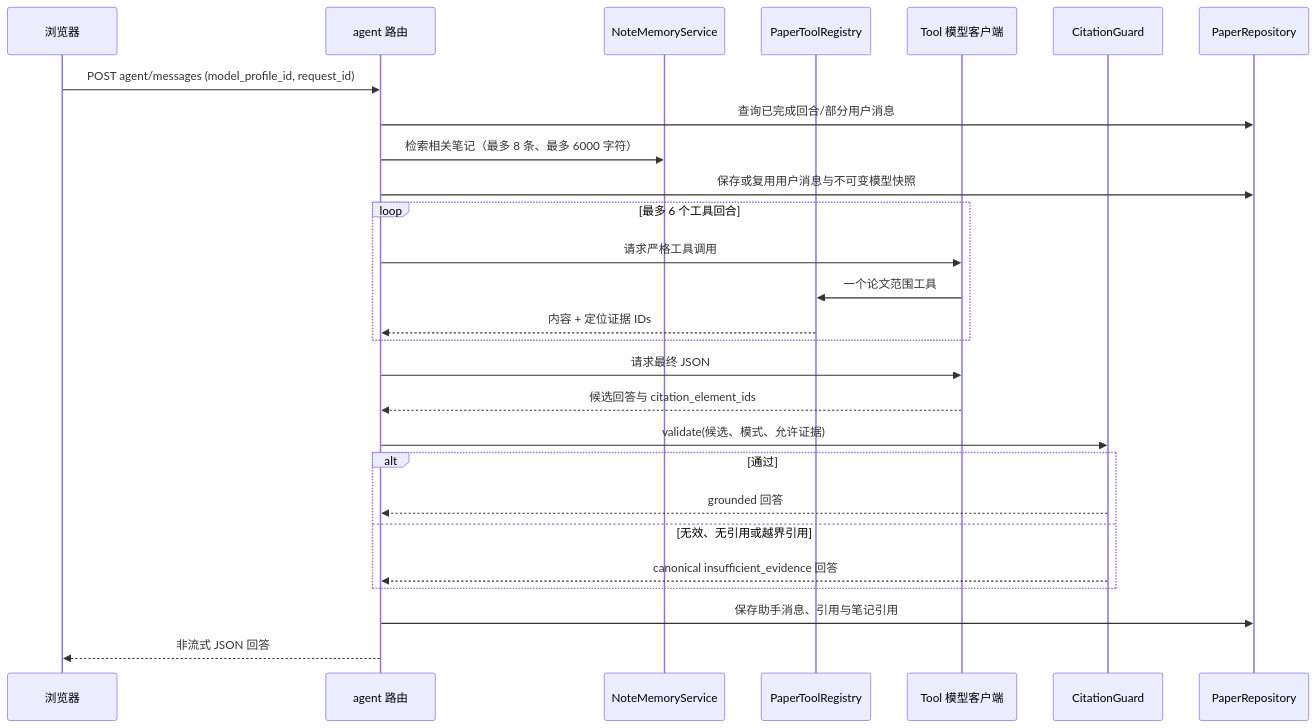
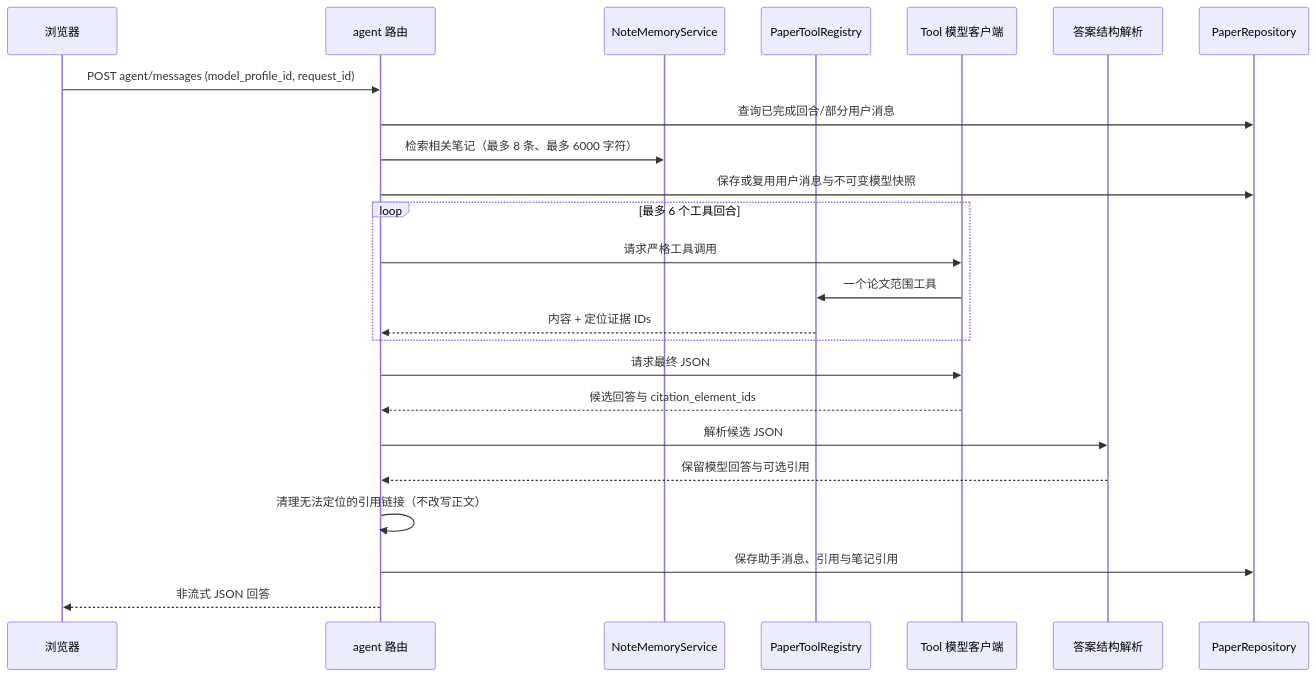
The fourth of 5 diagrams in docs/architecture.md (vibetony319/paper-agent), drawn with Mermaid before and after one commit. The commit also changed other lines of this file and 23 other files, not shown here.

````diff
--- a/docs/architecture.md
+++ b/docs/architecture.md
@@ -118,29 +118,26 @@
 ```mermaid
 sequenceDiagram
     participant B as 浏览器
     participant A as agent 路由
     participant N as NoteMemoryService
     participant T as PaperToolRegistry
     participant M as Tool 模型客户端
-    participant G as CitationGuard
+    participant G as 答案结构解析
     participant R as PaperRepository
     B->>A: POST agent/messages (model_profile_id, request_id)
     A->>R: 查询已完成回合/部分用户消息
     A->>N: 检索相关笔记（最多 8 条、最多 6000 字符）
     A->>R: 保存或复用用户消息与不可变模型快照
     loop 最多 6 个工具回合
         A->>M: 请求严格工具调用
         M->>T: 一个论文范围工具
         T-->>A: 内容 + 定位证据 IDs
     end
     A->>M: 请求最终 JSON
     M-->>A: 候选回答与 citation_element_ids
-    A->>G: validate(候选、模式、允许证据)
-    alt 通过
-        G-->>A: grounded 回答
-    else 无效、无引用或越界引用
-        G-->>A: canonical insufficient_evidence 回答
-    end
+    A->>G: 解析候选 JSON
+    G-->>A: 保留模型回答与可选引用
+    A->>A: 清理无法定位的引用链接（不改写正文）
     A->>R: 保存助手消息、引用与笔记引用
     A-->>B: 非流式 JSON 回答
 ```
````
